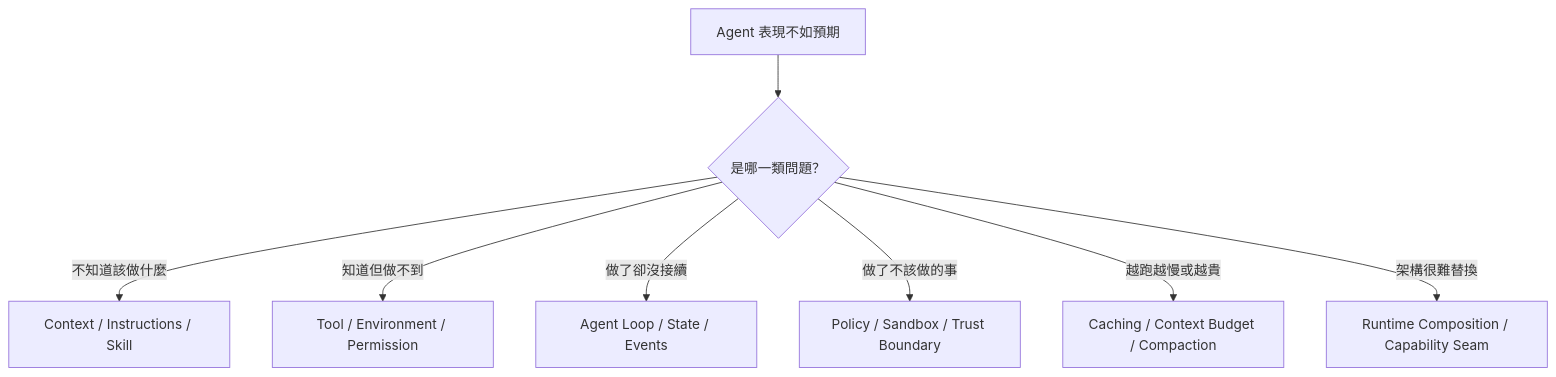
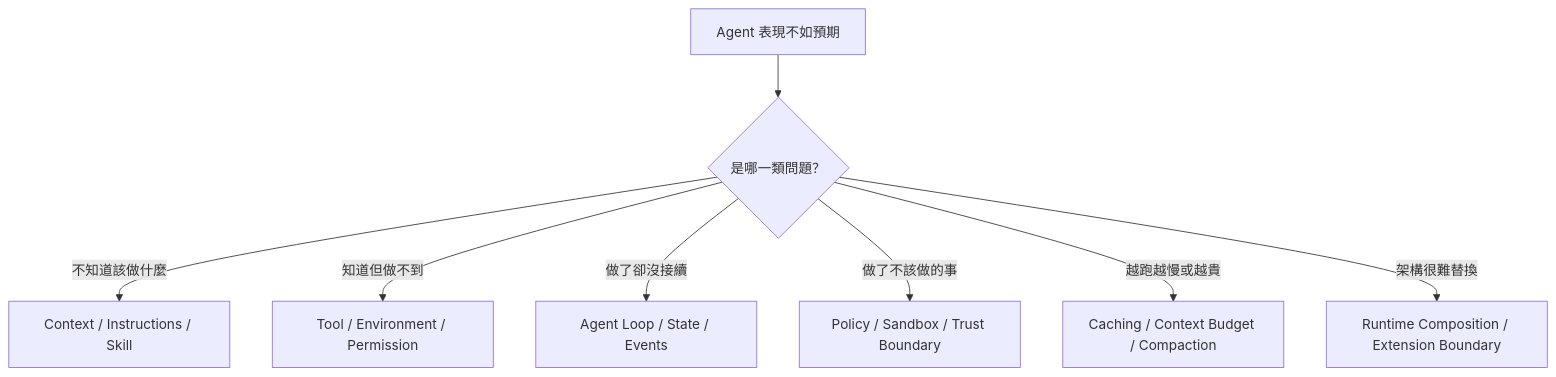
One commit to indigofeather/harness-book changed the third of 3 diagrams in docs/intro.md. Above: the diagram before and after it, drawn with Mermaid. The commit also changed other lines of this file and 13 other files, not shown here.

````diff
--- a/docs/intro.md
+++ b/docs/intro.md
@@ -141,10 +167,10 @@
 ```mermaid
 flowchart TD
   Q[Agent 表現不如預期] --> A{是哪一類問題？}
   A -->|不知道該做什麼| C[Context / Instructions / Skill]
   A -->|知道但做不到| T[Tool / Environment / Permission]
   A -->|做了卻沒接續| L[Agent Loop / State / Events]
   A -->|做了不該做的事| P[Policy / Sandbox / Trust Boundary]
   A -->|越跑越慢或越貴| B[Caching / Context Budget / Compaction]
-  A -->|架構很難替換| X[Runtime Composition / Capability Seam]
+  A -->|架構很難替換| X[Runtime Composition / Extension Boundary]
 ```
````
